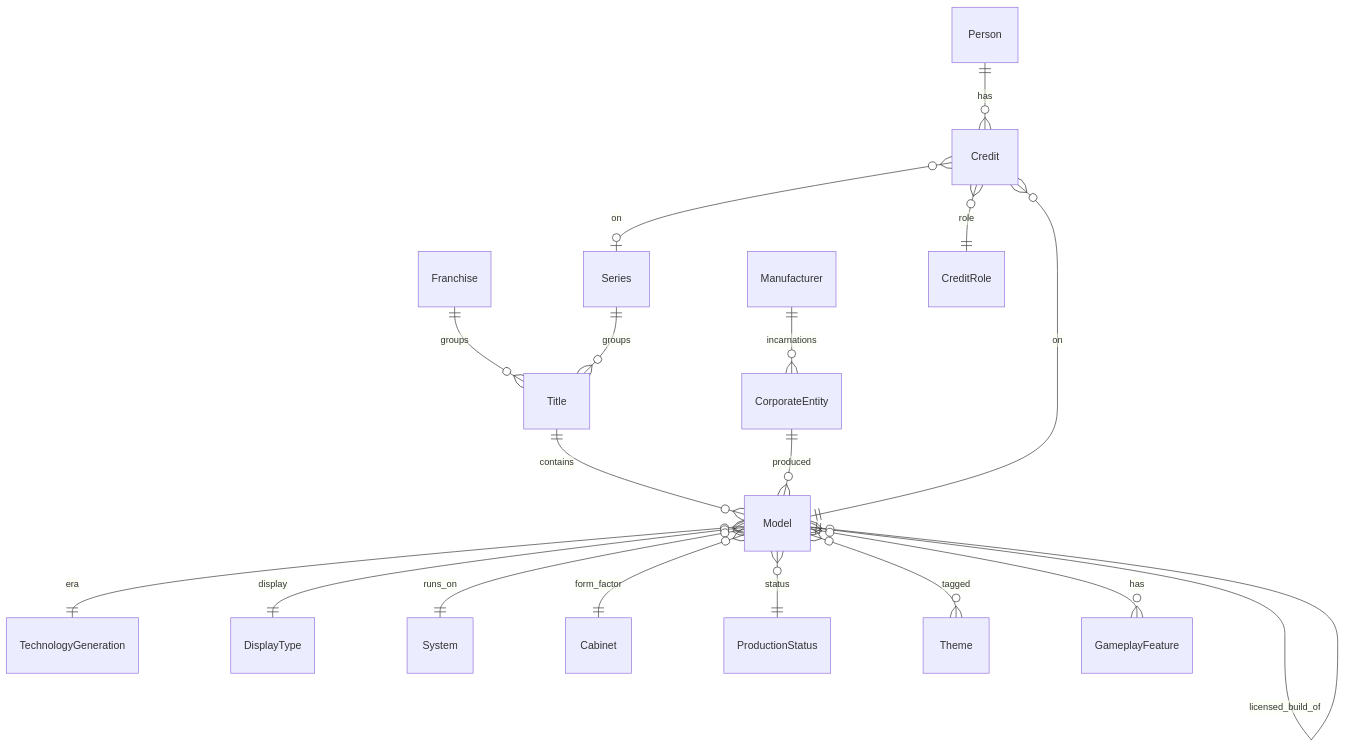
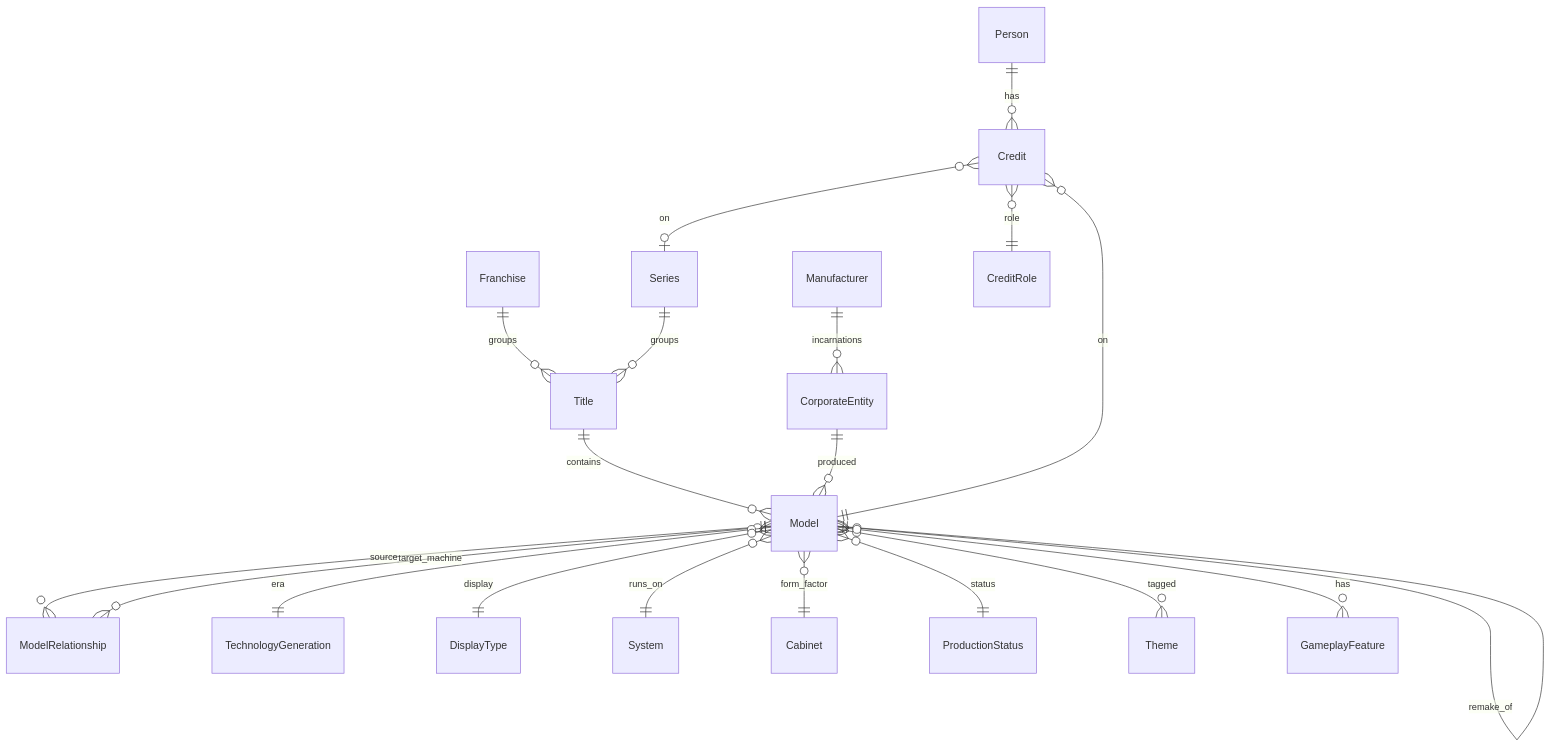
The diagram in docs/DomainModel.md (The-Flip/flipcommons), drawn with Mermaid before and after one commit. The commit also changed other lines of this file and 4 other files, not shown here.

First line of the commit message:
docs: update catalog docs for the ModelRelationship edge model

````diff
--- a/docs/DomainModel.md
+++ b/docs/DomainModel.md
@@ -5,28 +5,27 @@
 ```mermaid
 erDiagram
     Franchise ||--o{ Title : groups
     Series ||--o{ Title : groups
     Title ||--o{ Model : contains
 
     Model ||--o{ Model : variant_of
     Model ||--o{ Model : remake_of
-    Model ||--o{ Model : converted_from
-    Model ||--o{ Model : bootleg_of
-    Model ||--o{ Model : licensed_build_of
+    Model ||--o{ ModelRelationship : source
+    ModelRelationship }o--o| Model : target_machine
 
     Manufacturer ||--o{ CorporateEntity : incarnations
     CorporateEntity ||--o{ Model : produced
 
     Person ||--o{ Credit : has
     Credit }o--|| Model : "on"
     Credit }o--|| CreditRole : role
     Credit }o--o| Series : "on"
 
     Model }o--|| TechnologyGeneration : era
     Model }o--|| DisplayType : display
     Model }o--|| System : runs_on
     Model }o--|| Cabinet : form_factor
     Model }o--|| ProductionStatus : status
     Model }o--o{ Theme : tagged
     Model }o--o{ GameplayFeature : has
 ```
````
